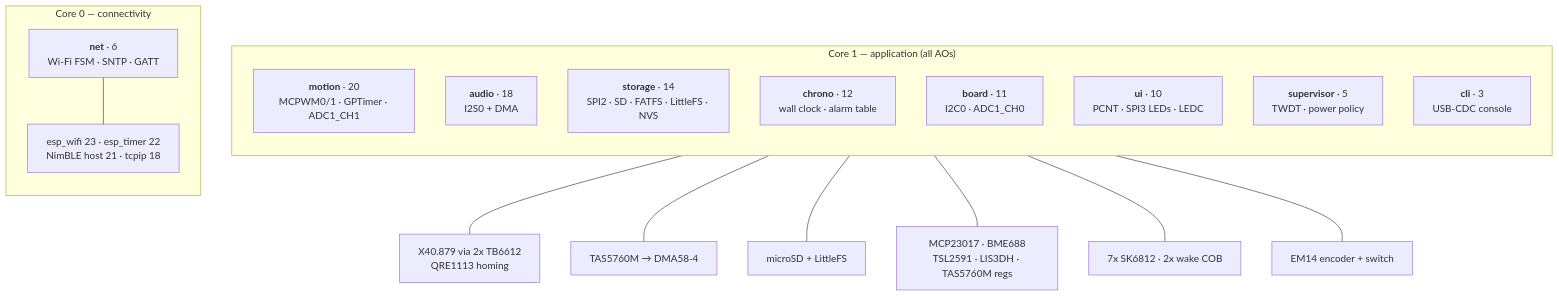
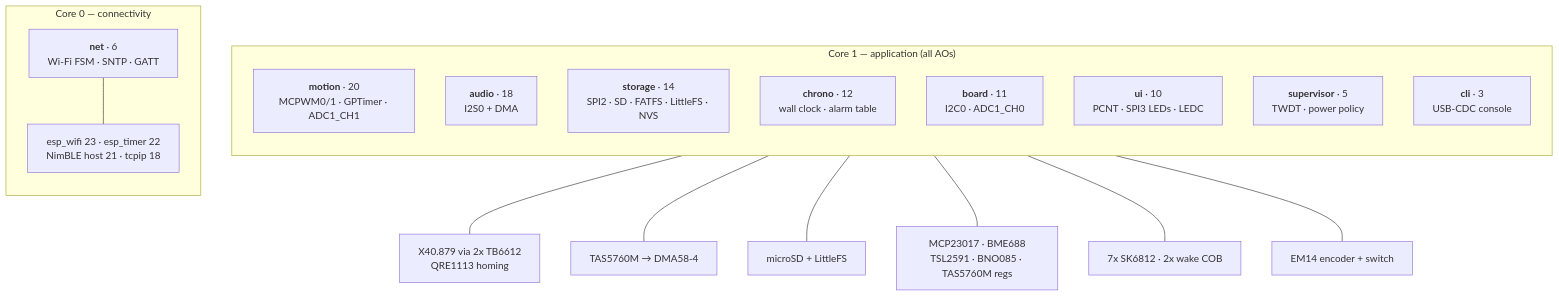
One commit to tibm/clock changed the first of 8 diagrams in FIRMWARE.md. Above: the diagram before and after it, drawn with Mermaid. The commit also changed other lines of this file, not shown here.

First line of the commit message:
FIRMWARE: the motion sensor is a BNO085, not an LIS3DH

````diff
--- a/FIRMWARE.md
+++ b/FIRMWARE.md
@@ -196,27 +196,27 @@
 ```mermaid
 flowchart TB
     subgraph C1["Core 1 — application (all AOs)"]
         direction TB
         MOT["<b>motion</b> · 20<br/>MCPWM0/1 · GPTimer · ADC1_CH1"]
         AUD["<b>audio</b> · 18<br/>I2S0 + DMA"]
         STO["<b>storage</b> · 14<br/>SPI2 · SD · FATFS · LittleFS · NVS"]
         CHR["<b>chrono</b> · 12<br/>wall clock · alarm table"]
         BRD["<b>board</b> · 11<br/>I2C0 · ADC1_CH0"]
         UIA["<b>ui</b> · 10<br/>PCNT · SPI3 LEDs · LEDC"]
         SUP["<b>supervisor</b> · 5<br/>TWDT · power policy"]
         CLI["<b>cli</b> · 3<br/>USB-CDC console"]
     end
     subgraph C0["Core 0 — connectivity"]
         direction TB
         NET["<b>net</b> · 6<br/>Wi-Fi FSM · SNTP · GATT"]
         IDF["esp_wifi 23 · esp_timer 22<br/>NimBLE host 21 · tcpip 18"]
     end
 
     MOT --- X40["X40.879 via 2x TB6612<br/>QRE1113 homing"]
     AUD --- AMP["TAS5760M → DMA58-4"]
     STO --- SD["microSD + LittleFS"]
-    BRD --- I2C["MCP23017 · BME688<br/>TSL2591 · LIS3DH · TAS5760M regs"]
+    BRD --- I2C["MCP23017 · BME688<br/>TSL2591 · BNO085 · TAS5760M regs"]
     UIA --- LED["7x SK6812 · 2x wake COB"]
     UIA --- KNB["EM14 encoder + switch"]
     NET --- IDF
 ```
````
